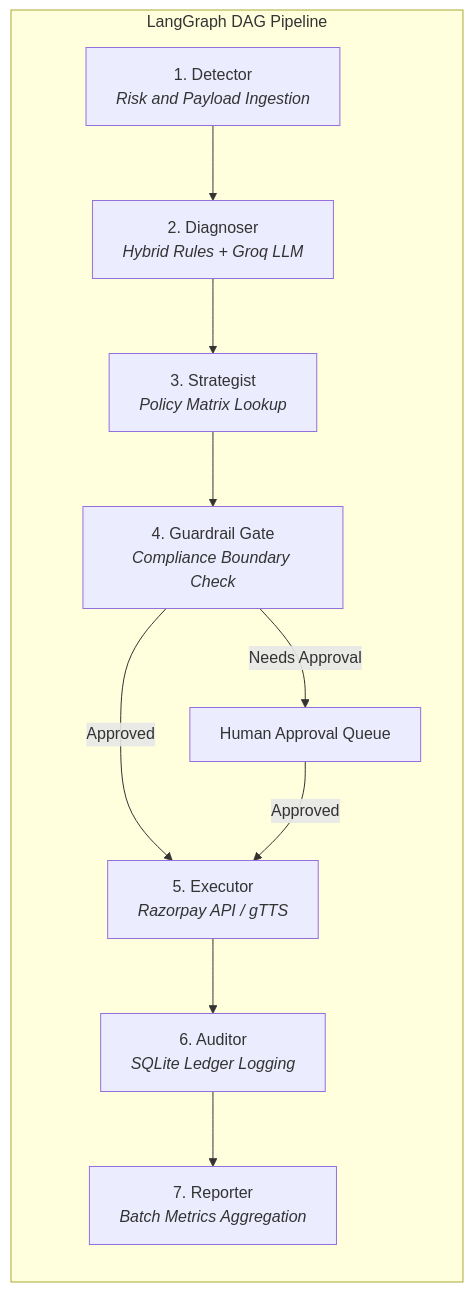
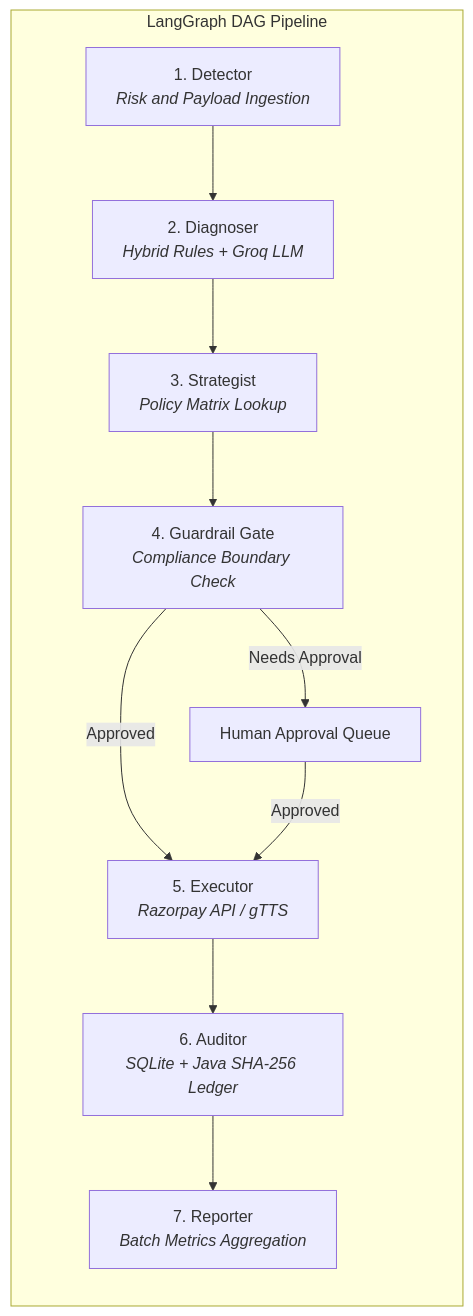
One commit to ankan123basu/vaapsi-agent changed the second of 4 diagrams in docs/architecture.md. Above: the diagram before and after it, drawn with Mermaid. The commit also changed other lines of this file and 2 other files, not shown here.

Commit message:
docs: integrate Phase 6 Java Cryptographic Audit Ledger proof, architecture diagrams, and ADR-008

````diff
--- a/docs/architecture.md
+++ b/docs/architecture.md
@@ -62,13 +65,13 @@
 ```mermaid
 graph LR
     subgraph LangGraph DAG Pipeline
         N1["1. Detector<br/><i>Risk and Payload Ingestion</i>"] --> N2["2. Diagnoser<br/><i>Hybrid Rules + Groq LLM</i>"]
         N2 --> N3["3. Strategist<br/><i>Policy Matrix Lookup</i>"]
         N3 --> N4["4. Guardrail Gate<br/><i>Compliance Boundary Check</i>"]
         N4 -->|Approved| N5["5. Executor<br/><i>Razorpay API / gTTS</i>"]
         N4 -->|Needs Approval| QUEUE["Human Approval Queue"]
         QUEUE -->|Approved| N5
-        N5 --> N6["6. Auditor<br/><i>SQLite Ledger Logging</i>"]
+        N5 --> N6["6. Auditor<br/><i>SQLite + Java SHA-256 Ledger</i>"]
         N6 --> N7["7. Reporter<br/><i>Batch Metrics Aggregation</i>"]
     end
 ```
````
